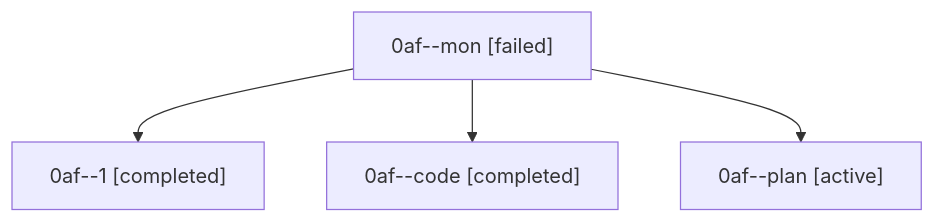
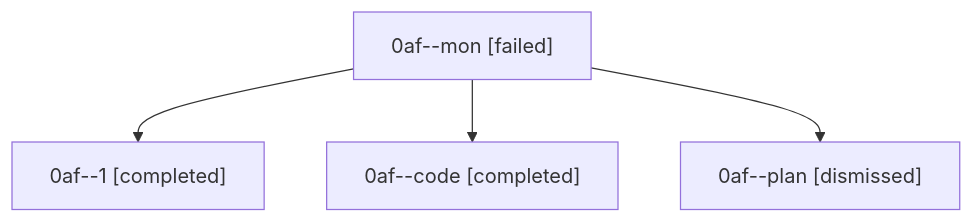
Before and after one commit to sase-org/sase--agents: the diagram in sessions/bbugyi200.athena.0af.md, drawn with Mermaid. The commit also changed other lines of this file and 25 other files, not shown here.

````diff
--- a/sessions/bbugyi200.athena.0af.md
+++ b/sessions/bbugyi200.athena.0af.md
@@ -9,10 +9,10 @@
 ```mermaid
 flowchart TD
   n0["0af--mon [failed]"]
   n1["0af--1 [completed]"]
   n0 --> n1
   n2["0af--code [completed]"]
   n0 --> n2
-  n3["0af--plan [active]"]
+  n3["0af--plan [dismissed]"]
   n0 --> n3
 ```
````
